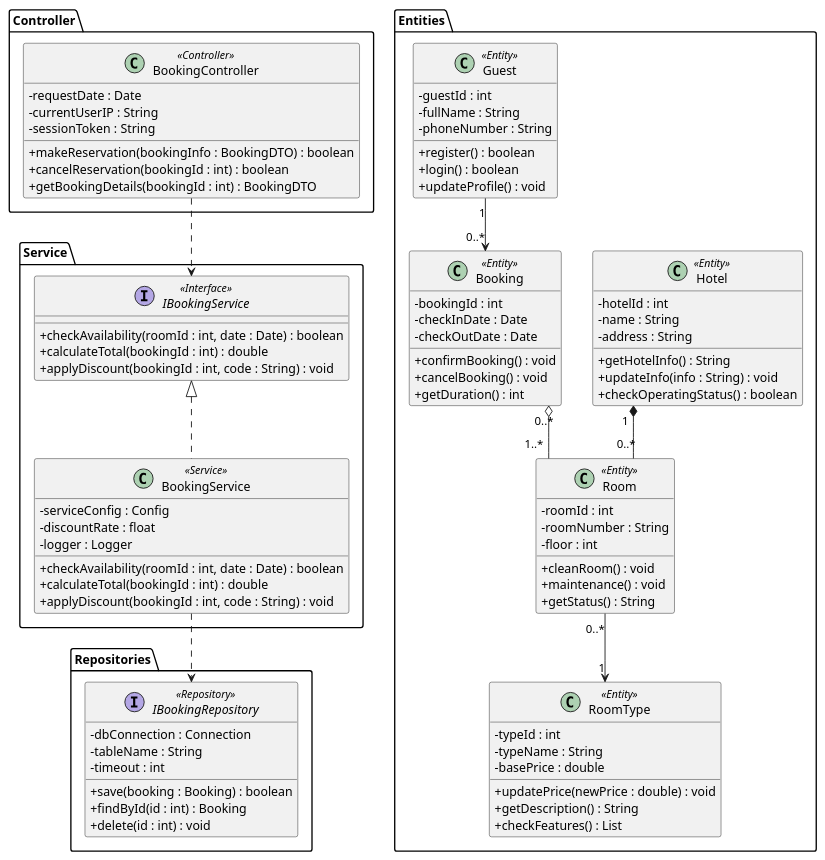
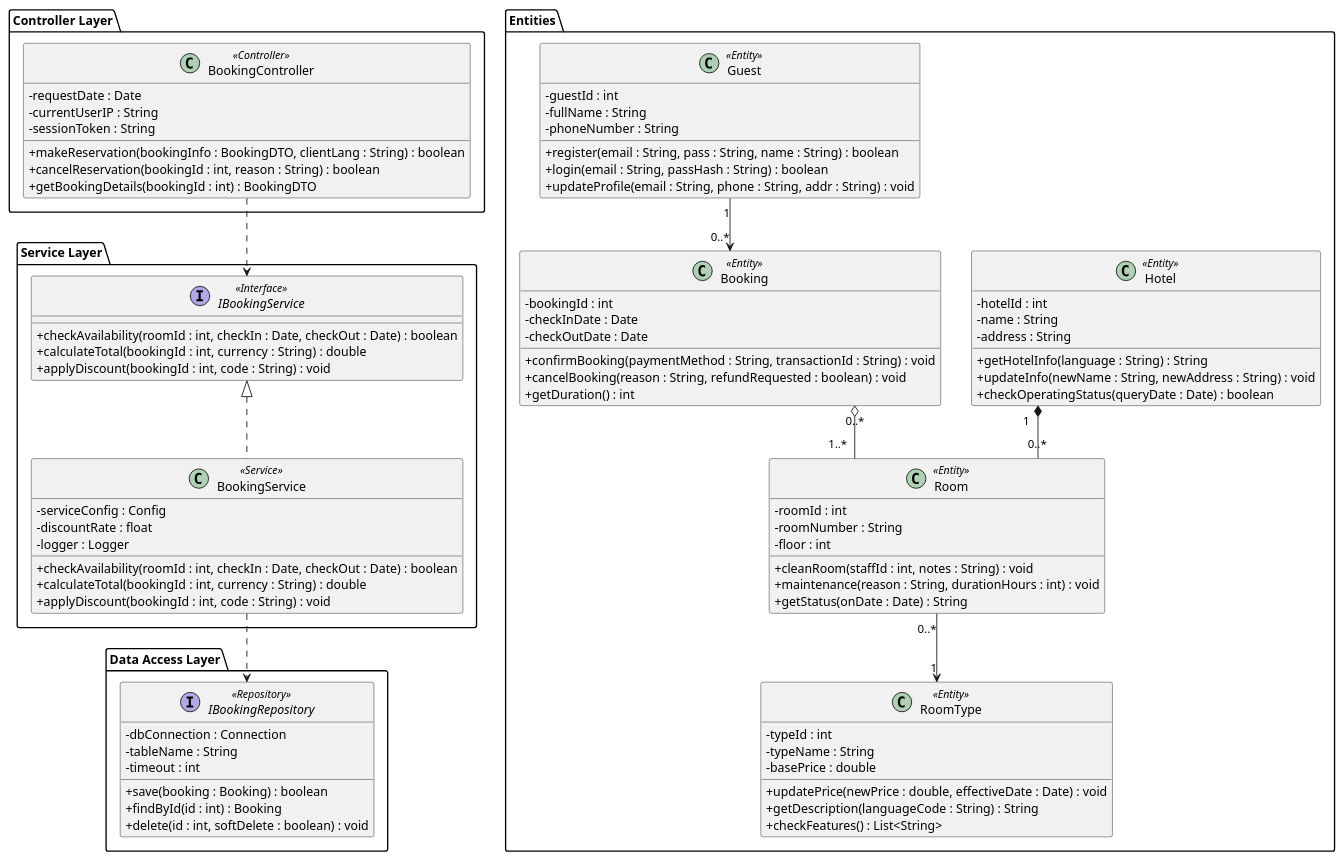
One commit to Loc20904/SWD392_PT2 changed the diagram in SWD392_PT2.puml. Above: the diagram before and after it, drawn with PlantUML. The commit also changed 6 other files, not shown here.

```diff
--- a/SWD392_PT2.puml
+++ b/SWD392_PT2.puml
@@ -1,119 +1,118 @@
 @startuml
 
 ' --- CẤU HÌNH GIAO DIỆN ---
 skinparam linetype ortho
 skinparam classAttributeIconSize 0
 skinparam handwritten false
 skinparam monochrome false
 
 ' --- LỚP CONTROLLER ---
-package "Controller" {
+package "Controller Layer" {
     class BookingController <<Controller>> {
         - requestDate : Date
         - currentUserIP : String
         - sessionToken : String
-        + makeReservation(bookingInfo : BookingDTO) : boolean
-        + cancelReservation(bookingId : int) : boolean
+        + makeReservation(bookingInfo : BookingDTO, clientLang : String) : boolean
+        + cancelReservation(bookingId : int, reason : String) : boolean
         + getBookingDetails(bookingId : int) : BookingDTO
     }
 }
 
 ' --- LỚP SERVICE ---
-package "Service" {
+package "Service Layer" {
     interface IBookingService <<Interface>> {
-        + checkAvailability(roomId : int, date : Date) : boolean
-        + calculateTotal(bookingId : int) : double
+        + checkAvailability(roomId : int, checkIn : Date, checkOut : Date) : boolean
+        + calculateTotal(bookingId : int, currency : String) : double
         + applyDiscount(bookingId : int, code : String) : void
     }
 
     class BookingService <<Service>> {
         - serviceConfig : Config
         - discountRate : float
         - logger : Logger
-        + checkAvailability(roomId : int, date : Date) : boolean
-        + calculateTotal(bookingId : int) : double
+        + checkAvailability(roomId : int, checkIn : Date, checkOut : Date) : boolean
+        + calculateTotal(bookingId : int, currency : String) : double
         + applyDiscount(bookingId : int, code : String) : void
     }
 }
 
 ' --- LỚP REPOSITORY ---
-package "Repositories" {
+package "Data Access Layer" {
     interface IBookingRepository <<Repository>> {
         - dbConnection : Connection
         - tableName : String
         - timeout : int
         + save(booking : Booking) : boolean
         + findById(id : int) : Booking
-        + delete(id : int) : void
+        + delete(id : int, softDelete : boolean) : void
     }
 }
 
 ' --- THỰC THỂ (ENTITIES) ---
 package "Entities" {
     class Hotel <<Entity>> {
         - hotelId : int
         - name : String
         - address : String
-        + getHotelInfo() : String
-        + updateInfo(info : String) : void
-        + checkOperatingStatus() : boolean
+        + getHotelInfo(language : String) : String
+        + updateInfo(newName : String, newAddress : String) : void
+        + checkOperatingStatus(queryDate : Date) : boolean
     }
 
     class Room <<Entity>> {
         - roomId : int
         - roomNumber : String
         - floor : int
-        + cleanRoom() : void
-        + maintenance() : void
-        + getStatus() : String
+        + cleanRoom(staffId : int, notes : String) : void
+        + maintenance(reason : String, durationHours : int) : void
+        + getStatus(onDate : Date) : String
     }
 
     class RoomType <<Entity>> {
         - typeId : int
         - typeName : String
         - basePrice : double
-        + updatePrice(newPrice : double) : void
-        + getDescription() : String
-        + checkFeatures() : List
+        + updatePrice(newPrice : double, effectiveDate : Date) : void
+        + getDescription(languageCode : String) : String
+        + checkFeatures() : List<String>
     }
 
     class Guest <<Entity>> {
         - guestId : int
         - fullName : String
         - phoneNumber : String
-        + register() : boolean
-        + login() : boolean
-        + updateProfile() : void
+        + register(email : String, pass : String, name : String) : boolean
+        + login(email : String, passHash : String) : boolean
+        + updateProfile(email : String, phone : String, addr : String) : void
     }
 
     class Booking <<Entity>> {
         - bookingId : int
         - checkInDate : Date
         - checkOutDate : Date
-        + confirmBooking() : void
-        + cancelBooking() : void
+        + confirmBooking(paymentMethod : String, transactionId : String) : void
+        + cancelBooking(reason : String, refundRequested : boolean) : void
         + getDuration() : int
     }
 }
 
 ' --- ĐỊNH NGHĨA QUAN HỆ (RELATIONSHIPS) ---
 
-' 1. Realization (<|..): BookingService thực thi IBookingService
+' 1. Realization
 IBookingService <|.. BookingService
 
-' 2. Dependency (..>): Controller phụ thuộc vào Service, Service phụ thuộc Repository
+' 2. Dependency
 BookingController ..> IBookingService
 BookingService ..> IBookingRepository
 
-' 3. Composition (*--): Hotel sở hữu Room (Hotel hủy -> Room hủy)
+' 3. Composition
 Hotel "1" *-- "0..*" Room
 
-' 4. Aggregation (o--): Booking bao gồm Room (Room có thể tồn tại độc lập, nhưng Booking gom nhóm Room)
-' (Lưu ý: Dùng Aggregation ở đây để thỏa mãn yêu cầu đề bài về ký hiệu o--)
+' 4. Aggregation
 Booking "0..*" o-- "1..*" Room
 
-' 5. Association (-->): Guest tạo Booking, Room thuộc về RoomType
+' 5. Association
 Guest "1" --> "0..*" Booking
 Room "0..*" --> "1" RoomType
 
 @enduml
```
